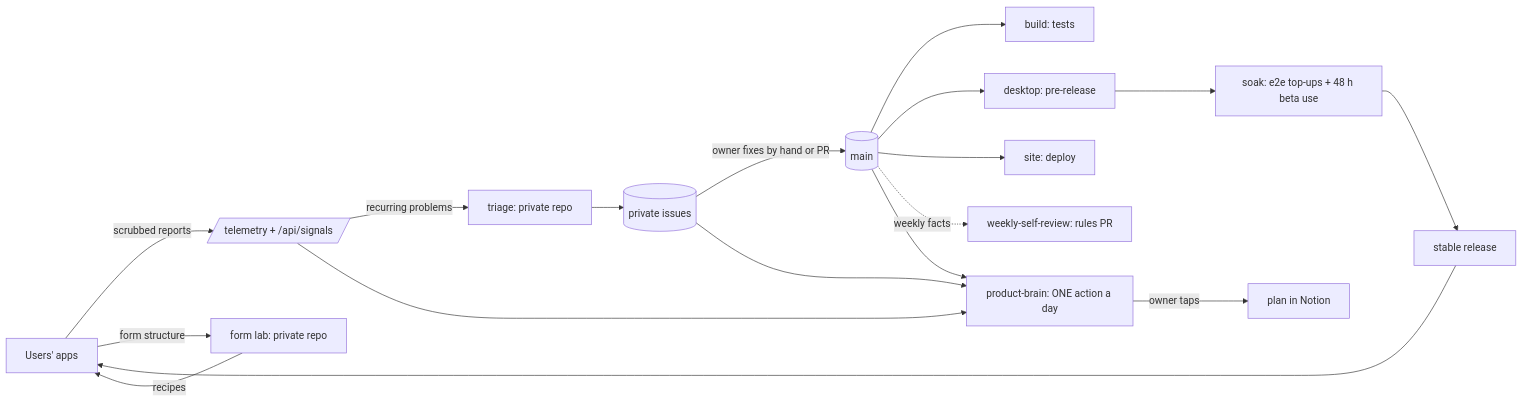
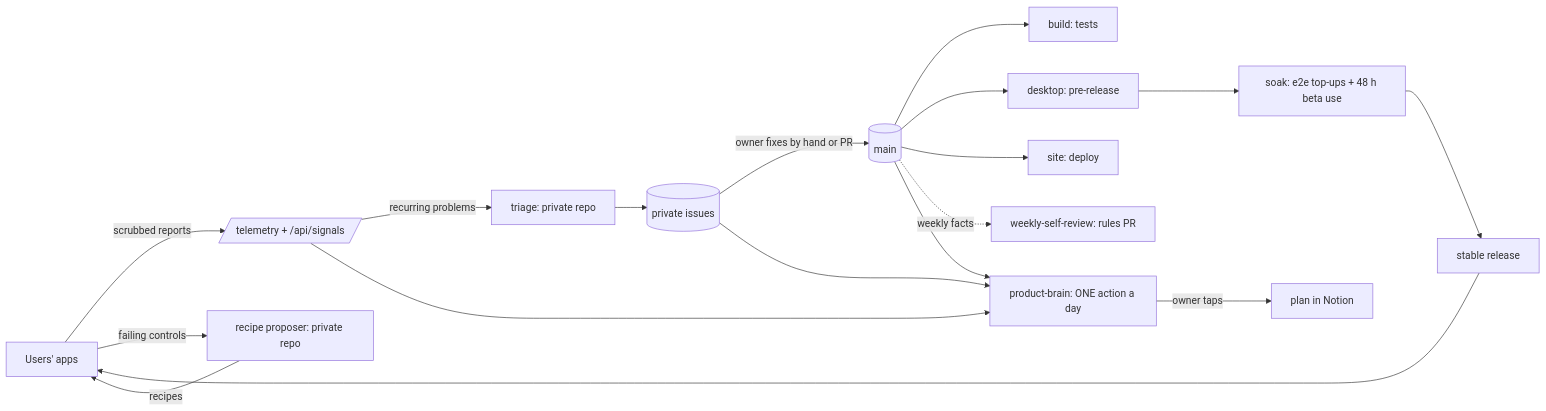
Before and after one commit to GarryOne/job-pilotto: the diagram in docs/HOW-IT-RUNS.md, drawn with Mermaid. The commit also changed other lines of this file and 15 other files, not shown here.

First line of the commit message:
Retire the form lab from the site and the admin pages

````diff
--- a/docs/HOW-IT-RUNS.md
+++ b/docs/HOW-IT-RUNS.md
@@ -14,11 +14,11 @@
 ```mermaid
 flowchart LR
   apps[Users' apps] -- scrubbed reports --> tel[/telemetry + /api/signals/]
-  apps -- form structure --> lab[form lab: private repo] -- recipes --> apps
+  apps -- failing controls --> prop[recipe proposer: private repo] -- recipes --> apps
   tel -- recurring problems --> triage[triage: private repo] --> issues[(private issues)]
   issues -- owner fixes by hand or PR --> main[(main)]
   main --> ci[build: tests] & desktop[desktop: pre-release] & site[site: deploy]
   desktop --> canary[soak: e2e top-ups + 48 h beta use] --> stable[stable release] --> apps
   main -. weekly facts .-> review[weekly-self-review: rules PR]
   tel & issues & main --> brain[product-brain: ONE action a day] -- owner taps --> plan[plan in Notion]
 ```
````
